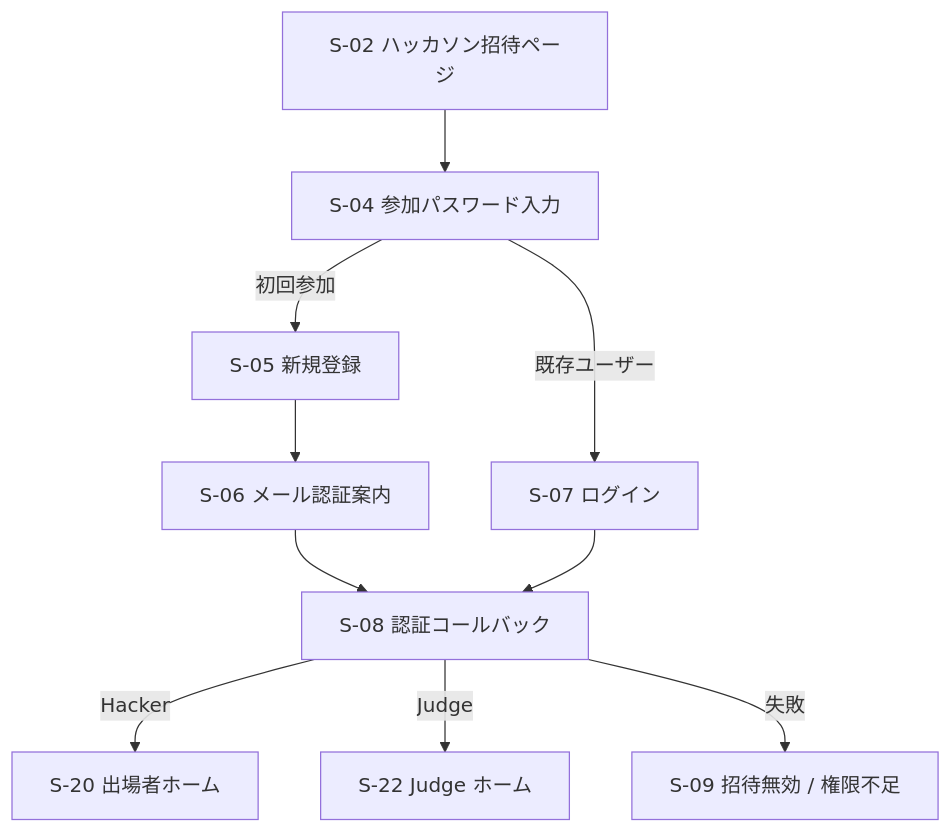
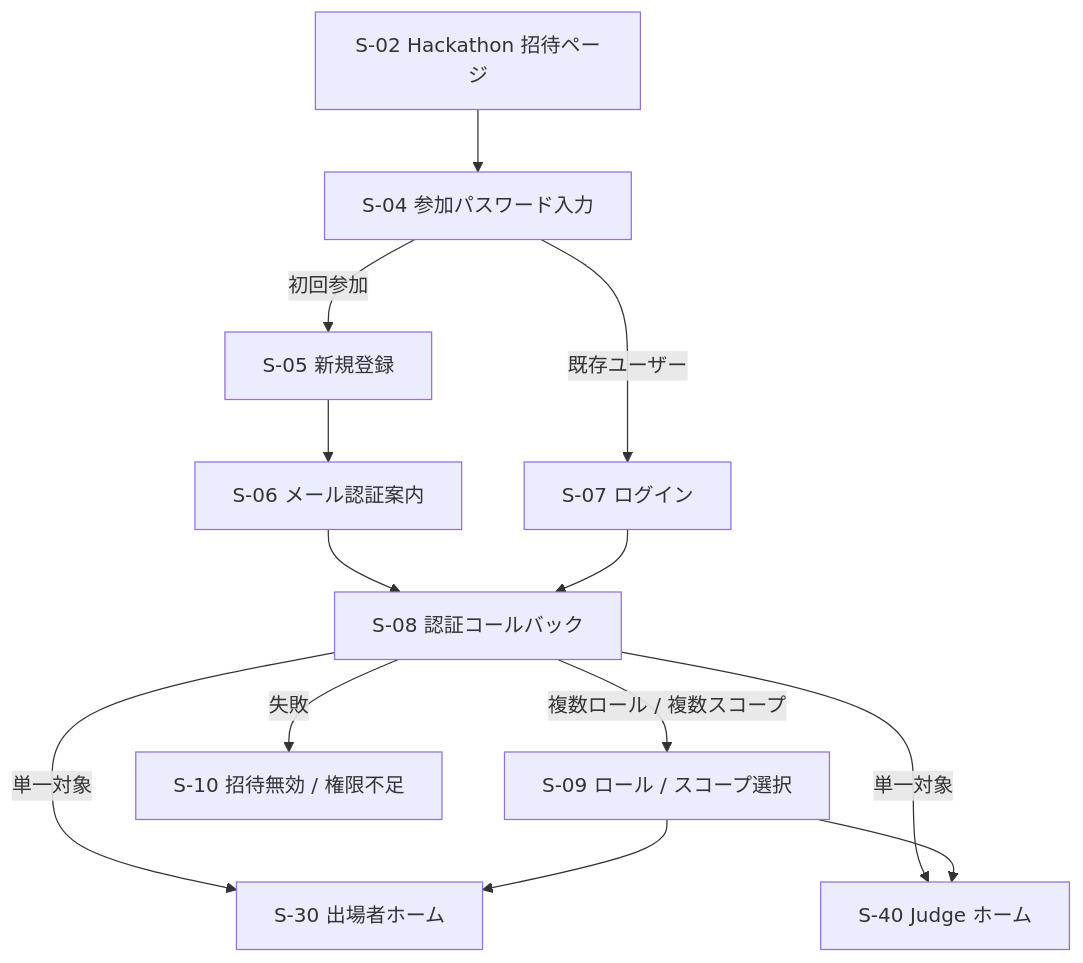
One commit to Asheze1127/hack-evaluater changed the second of 15 diagrams in docs/details/03_screen-flow_md.md. Above: the diagram before and after it, drawn with Mermaid. The commit also changed other lines of this file and 2 other files, not shown here.

````diff
--- a/docs/details/03_screen-flow_md.md
+++ b/docs/details/03_screen-flow_md.md
@@ -97,22 +110,26 @@
 ```mermaid
 flowchart TD
-    INVITE[S-02 ハッカソン招待ページ]
+    INVITE[S-02 Hackathon 招待ページ]
     PASS[S-04 参加パスワード入力]
     REGISTER[S-05 新規登録]
     LOGIN[S-07 ログイン]
     VERIFY[S-06 メール認証案内]
     CALLBACK[S-08 認証コールバック]
-    HACKER[S-20 出場者ホーム]
-    JUDGE[S-22 Judge ホーム]
-    DENIED[S-09 招待無効 / 権限不足]
+    SWITCH[S-09 ロール / スコープ選択]
+    HACKER[S-30 出場者ホーム]
+    JUDGE[S-40 Judge ホーム]
+    DENIED[S-10 招待無効 / 権限不足]
 
     INVITE --> PASS
     PASS -->|初回参加| REGISTER
     PASS -->|既存ユーザー| LOGIN
     REGISTER --> VERIFY
     VERIFY --> CALLBACK
     LOGIN --> CALLBACK
-    CALLBACK -->|Hacker| HACKER
-    CALLBACK -->|Judge| JUDGE
+    CALLBACK -->|単一対象| HACKER
+    CALLBACK -->|単一対象| JUDGE
+    CALLBACK -->|複数ロール / 複数スコープ| SWITCH
     CALLBACK -->|失敗| DENIED
+    SWITCH --> HACKER
+    SWITCH --> JUDGE
 ```
````
